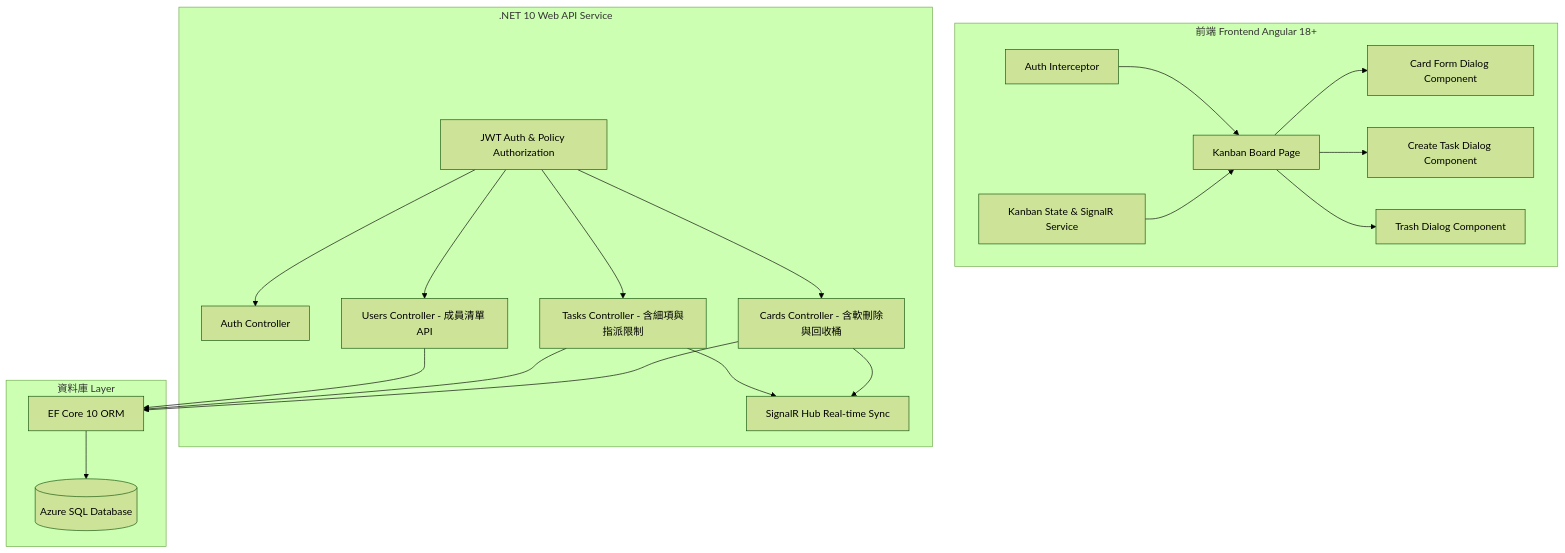
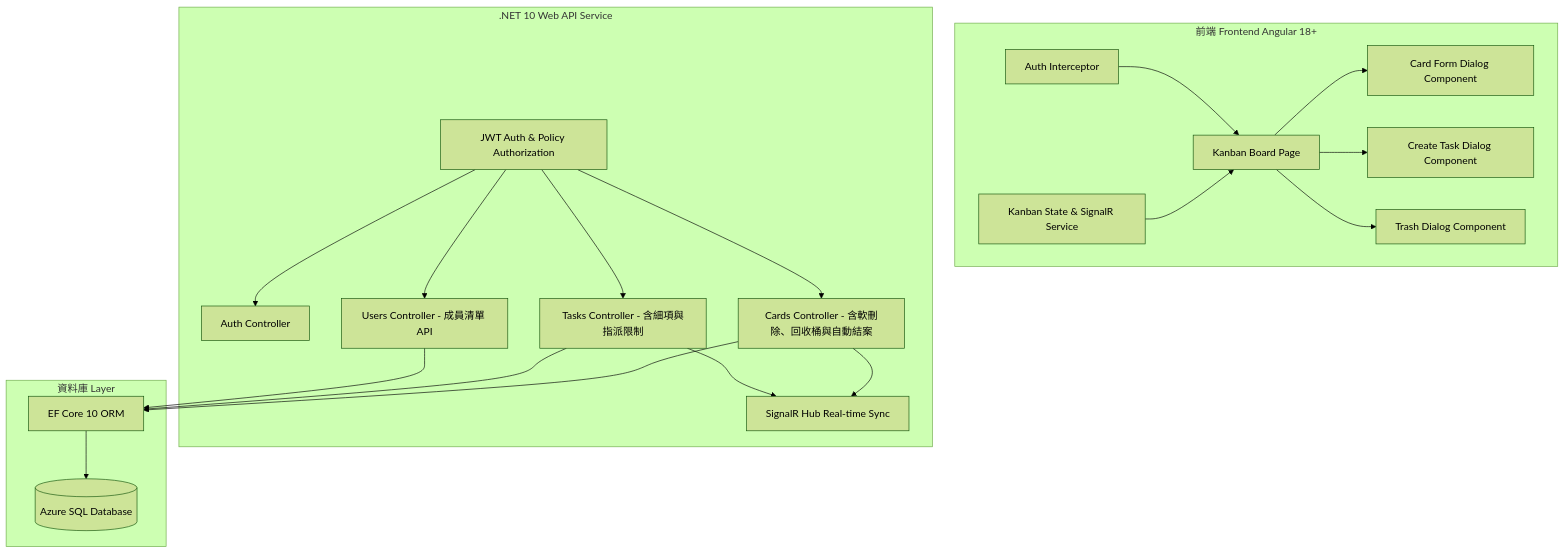
One commit to JamesFu168/Dashboard changed the first of 2 diagrams in kanban_system_architecture_plan.md. Above: the diagram before and after it, drawn with Mermaid (forest theme). The commit also changed other lines of this file and 7 other files, not shown here.

````diff
--- a/kanban_system_architecture_plan.md
+++ b/kanban_system_architecture_plan.md
@@ -9,35 +9,35 @@
 ```mermaid
 graph TD
     subgraph Client[前端 Frontend Angular 18+]
         A[Kanban Board Page] --> B[Card Form Dialog Component]
         A --> C[Create Task Dialog Component]
         A --> D[Trash Dialog Component]
         E[Auth Interceptor] --> A
         F[Kanban State & SignalR Service] --> A
     end
 
     subgraph Server[.NET 10 Web API Service]
         G[JWT Auth & Policy Authorization]
         H[Auth Controller]
-        I[Cards Controller - 含軟刪除與回收桶]
+        I[Cards Controller - 含軟刪除、回收桶與自動結案]
         J[Tasks Controller - 含細項與指派限制]
         K[Users Controller - 成員清單 API]
         L[SignalR Hub Real-time Sync]
         G --> H
         G --> I
         G --> J
         G --> K
         I --> L
         J --> L
     end
 
     subgraph Database[資料庫 Layer]
         M[(Azure SQL Database)]
         N[EF Core 10 ORM]
         N --> M
     end
 
     I --> N
     J --> N
     K --> N
 ```
````
